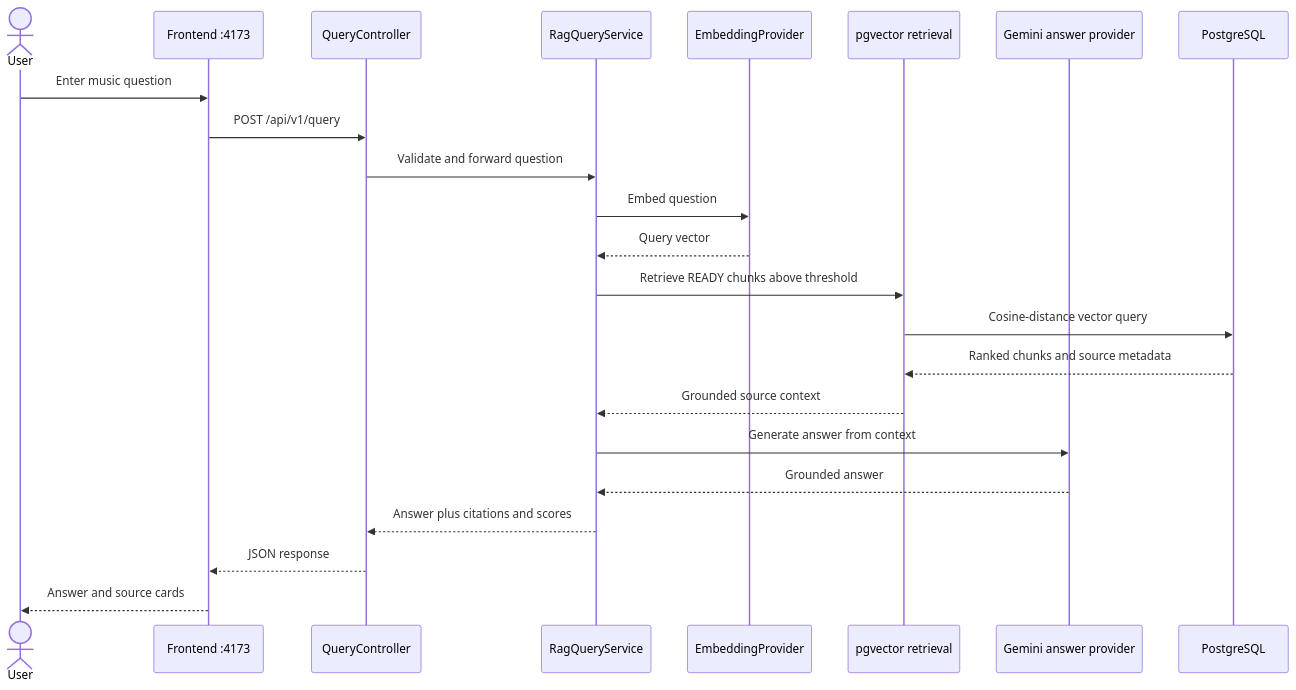
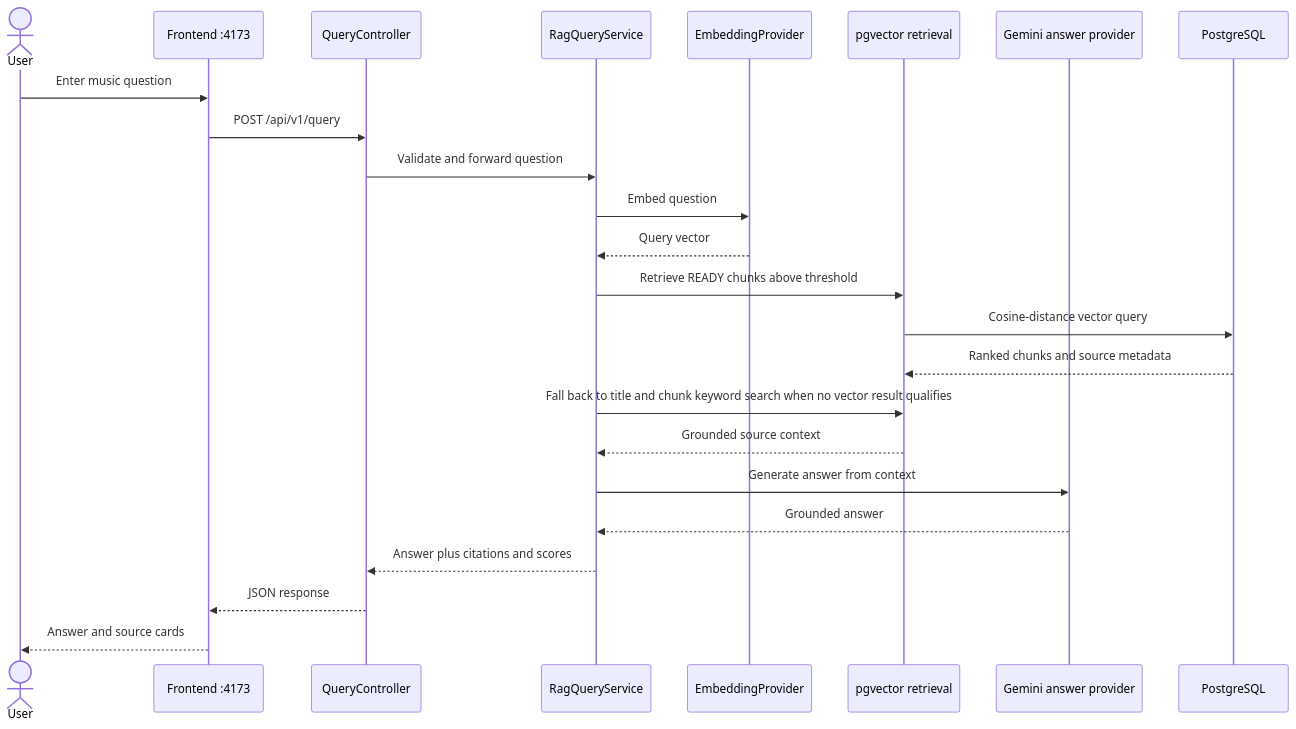
Before and after one commit to mark-sndp/music-knowledge-assistant: the second of 2 diagrams in README.md, drawn with Mermaid. The commit also changed other lines of this file and 30 other files, not shown here.

First line of the commit message:
Update application state and expand request flow docs

````diff
--- a/README.md
+++ b/README.md
@@ -40,26 +40,27 @@
 ```mermaid
 sequenceDiagram
 	actor User
 	participant UI as Frontend :4173
 	participant API as QueryController
 	participant RAG as RagQueryService
 	participant Embed as EmbeddingProvider
 	participant Search as pgvector retrieval
 	participant LLM as Gemini answer provider
 	participant DB as PostgreSQL
 
 	User->>UI: Enter music question
 	UI->>API: POST /api/v1/query
 	API->>RAG: Validate and forward question
 	RAG->>Embed: Embed question
 	Embed-->>RAG: Query vector
 	RAG->>Search: Retrieve READY chunks above threshold
 	Search->>DB: Cosine-distance vector query
 	DB-->>Search: Ranked chunks and source metadata
+	RAG->>Search: Fall back to title and chunk keyword search when no vector result qualifies
 	Search-->>RAG: Grounded source context
 	RAG->>LLM: Generate answer from context
 	LLM-->>RAG: Grounded answer
 	RAG-->>API: Answer plus citations and scores
 	API-->>UI: JSON response
 	UI-->>User: Answer and source cards
 ```
````
